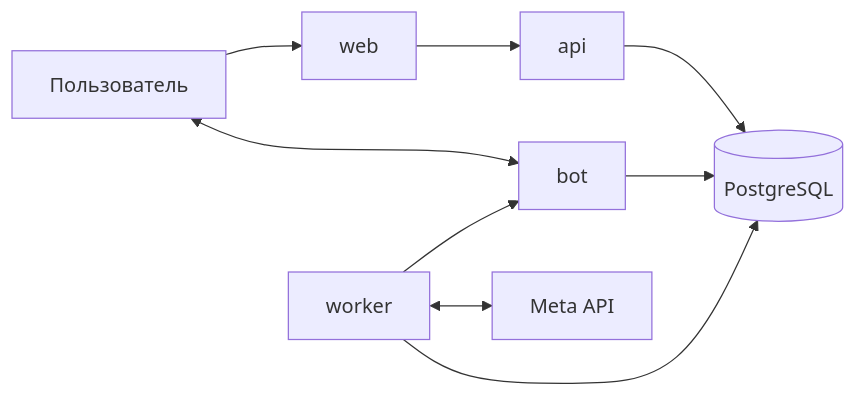
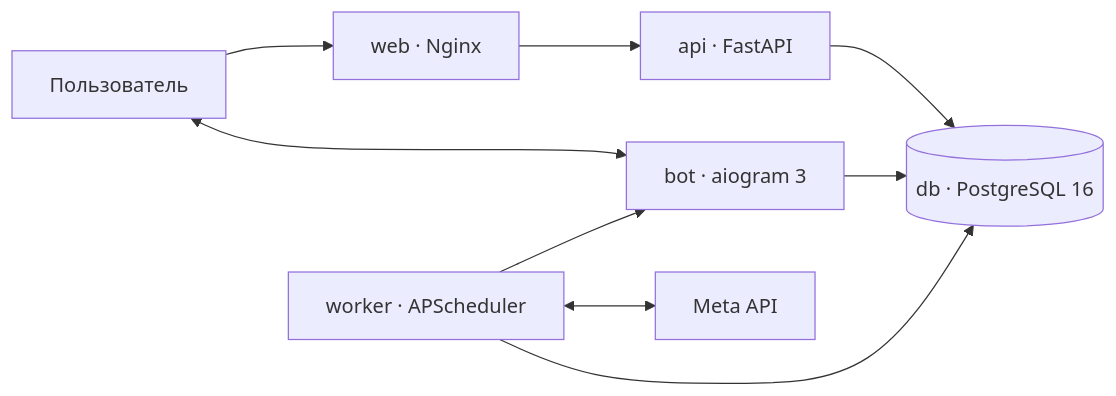
One commit to NPSolid-pixel/buyerly changed the diagram in README.md. Above: the diagram before and after it, drawn with Mermaid. The commit also changed other lines of this file, not shown here.

````diff
--- a/README.md
+++ b/README.md
@@ -26,11 +54,11 @@
 ```mermaid
 flowchart LR
-    U[Пользователь] --> W[web]
-    W --> A[api]
-    U <--> B[bot]
-    A --> D[(PostgreSQL)]
+    U[Пользователь] --> W[web · Nginx]
+    W --> A[api · FastAPI]
+    U <--> B[bot · aiogram 3]
+    A --> D[(db · PostgreSQL 16)]
     B --> D
-    R[worker] --> D
+    R[worker · APScheduler] --> D
     R <--> M[Meta API]
     R --> B
 ```
````
